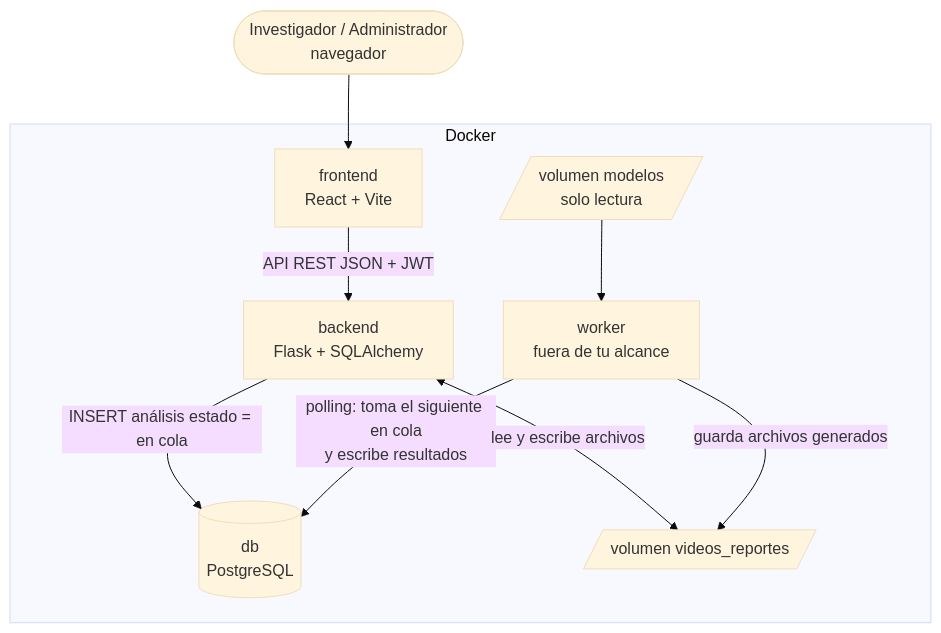
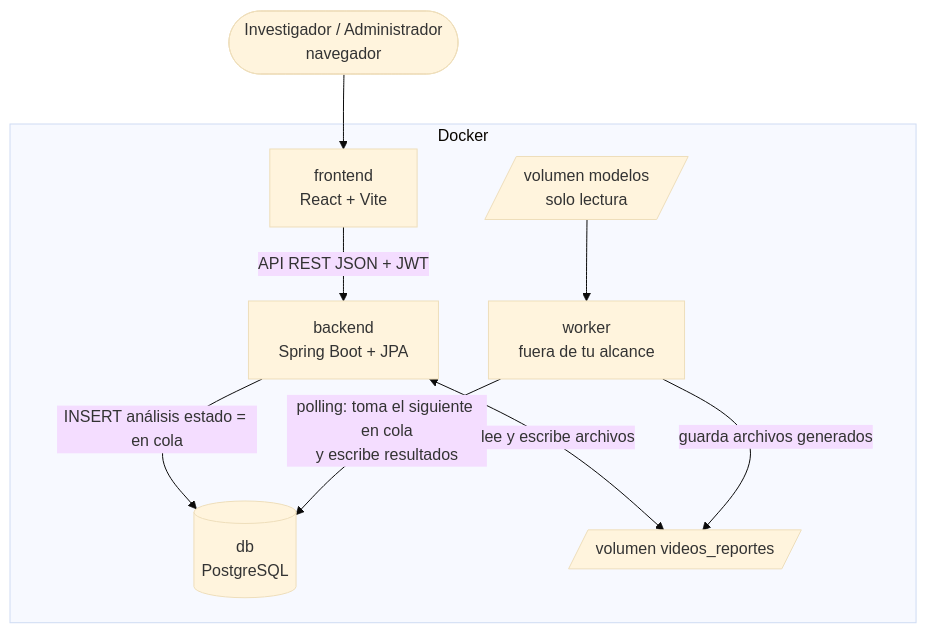
The first of 39 diagrams in INSTRUCCIONES-WEB.md (ErickJester/fst-ai-system-latex), drawn with Mermaid (base theme) before and after one commit. The commit also changed other lines of this file and 4 other files, not shown here.

First line of the commit message:
Propagar el backend en Spring Boot (D-105) a INSTRUCCIONES-WEB.md y a los diagramas de guia_web

````diff
--- a/INSTRUCCIONES-WEB.md
+++ b/INSTRUCCIONES-WEB.md
@@ -173,12 +173,12 @@
 ```mermaid
 flowchart TB
   INV([Investigador / Administrador<br/>navegador]) --> FE
   subgraph Docker
-    FE[frontend<br/>React + Vite] -->|API REST JSON + JWT| BE[backend<br/>Flask + SQLAlchemy]
+    FE[frontend<br/>React + Vite] -->|API REST JSON + JWT| BE[backend<br/>Spring Boot + JPA]
     BE -->|INSERT análisis estado = en cola| DB[(db<br/>PostgreSQL)]
     WK[worker<br/>fuera de tu alcance] -->|polling: toma el siguiente en cola<br/>y escribe resultados| DB
     BE <-->|lee y escribe archivos| FS[/volumen videos_reportes/]
     WK -->|guarda archivos generados| FS
     MD[/volumen modelos<br/>solo lectura/] --> WK
   end
 ```
````
